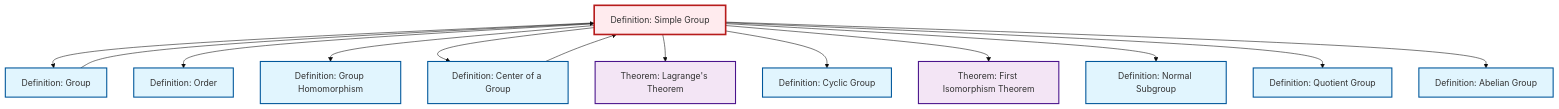
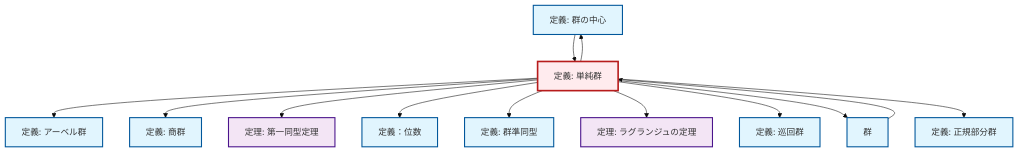
Before and after one commit to RK0429/ModernMath: the diagram in content/ja/algebra/def-simple-group.qmd, drawn with Mermaid (base theme). The commit also changed 1069 other files, not shown here.

````diff
--- a/content/ja/algebra/def-simple-group.qmd
+++ b/content/ja/algebra/def-simple-group.qmd
@@ -96,43 +96,43 @@
 ```{mermaid}
 %%| fig-cap: "Local dependency graph"
 graph TD
     classDef definition fill:#e1f5fe,stroke:#01579b,stroke-width:2px
     classDef theorem fill:#f3e5f5,stroke:#4a148c,stroke-width:2px
     classDef axiom fill:#fff3e0,stroke:#e65100,stroke-width:2px
     classDef example fill:#e8f5e9,stroke:#1b5e20,stroke-width:2px
     classDef current fill:#ffebee,stroke:#b71c1c,stroke-width:3px
-    def-simple-group["Definition: Simple Group"]:::definition
-    def-cyclic-group["Definition: Cyclic Group"]:::definition
-    def-center-of-group["Definition: Center of a Group"]:::definition
-    def-group["Definition: Group"]:::definition
-    thm-first-isomorphism["Theorem: First Isomorphism Theorem"]:::theorem
-    def-order["Definition: Order"]:::definition
-    def-quotient-group["Definition: Quotient Group"]:::definition
-    thm-lagrange["Theorem: Lagrange's Theorem"]:::theorem
-    def-homomorphism["Definition: Group Homomorphism"]:::definition
-    def-normal-subgroup["Definition: Normal Subgroup"]:::definition
-    def-abelian-group["Definition: Abelian Group"]:::definition
-    def-simple-group --> def-group
+    thm-lagrange["定理: ラグランジュの定理"]:::theorem
+    def-cyclic-group["定義: 巡回群"]:::definition
+    def-normal-subgroup["定義: 正規部分群"]:::definition
+    def-order["定義：位数"]:::definition
+    thm-first-isomorphism["定理: 第一同型定理"]:::theorem
+    def-quotient-group["定義: 商群"]:::definition
+    def-abelian-group["定義: アーベル群"]:::definition
+    def-center-of-group["定義: 群の中心"]:::definition
+    def-homomorphism["定義: 群準同型"]:::definition
+    def-simple-group["定義: 単純群"]:::definition
+    def-group["群"]:::definition
+    def-simple-group --> def-abelian-group
+    def-center-of-group --> def-simple-group
+    def-simple-group --> def-quotient-group
+    def-simple-group --> thm-first-isomorphism
     def-simple-group --> def-order
     def-simple-group --> def-homomorphism
-    def-center-of-group --> def-simple-group
+    def-simple-group --> thm-lagrange
+    def-group --> def-simple-group
+    def-simple-group --> def-cyclic-group
+    def-simple-group --> def-group
+    def-simple-group --> def-normal-subgroup
     def-simple-group --> def-center-of-group
-    def-simple-group --> thm-lagrange
-    def-simple-group --> def-cyclic-group
-    def-group --> def-simple-group
-    def-simple-group --> thm-first-isomorphism
-    def-simple-group --> def-normal-subgroup
-    def-simple-group --> def-quotient-group
-    def-simple-group --> def-abelian-group
     class def-simple-group current
-    click def-cyclic-group "def-cyclic-group.html" "Definition: Cyclic Groupへ"
-    click def-center-of-group "def-center-of-group.html" "Definition: Center of a Groupへ"
-    click def-group "def-group.html" "Definition: Groupへ"
-    click thm-first-isomorphism "thm-first-isomorphism.html" "Theorem: First Isomorphism Theoremへ"
-    click def-order "def-order.html" "Definition: Orderへ"
-    click def-quotient-group "def-quotient-group.html" "Definition: Quotient Groupへ"
-    click thm-lagrange "thm-lagrange.html" "Theorem: Lagrange's Theoremへ"
-    click def-homomorphism "def-homomorphism.html" "Definition: Group Homomorphismへ"
-    click def-normal-subgroup "def-normal-subgroup.html" "Definition: Normal Subgroupへ"
-    click def-abelian-group "def-abelian-group.html" "Definition: Abelian Groupへ"
+    click thm-lagrange "thm-lagrange.html" "ラグランジュの定理の定理へ"
+    click def-cyclic-group "def-cyclic-group.html" "巡回群の定義へ"
+    click def-normal-subgroup "def-normal-subgroup.html" "正規部分群の定義へ"
+    click def-order "def-order.html" "定義：位数へ"
+    click thm-first-isomorphism "thm-first-isomorphism.html" "第一同型定理の定理へ"
+    click def-quotient-group "def-quotient-group.html" "商群の定義へ"
+    click def-abelian-group "def-abelian-group.html" "アーベル群の定義へ"
+    click def-center-of-group "def-center-of-group.html" "群の中心の定義へ"
+    click def-homomorphism "def-homomorphism.html" "群準同型の定義へ"
+    click def-group "def-group.html" "群へ"
 ```
````
